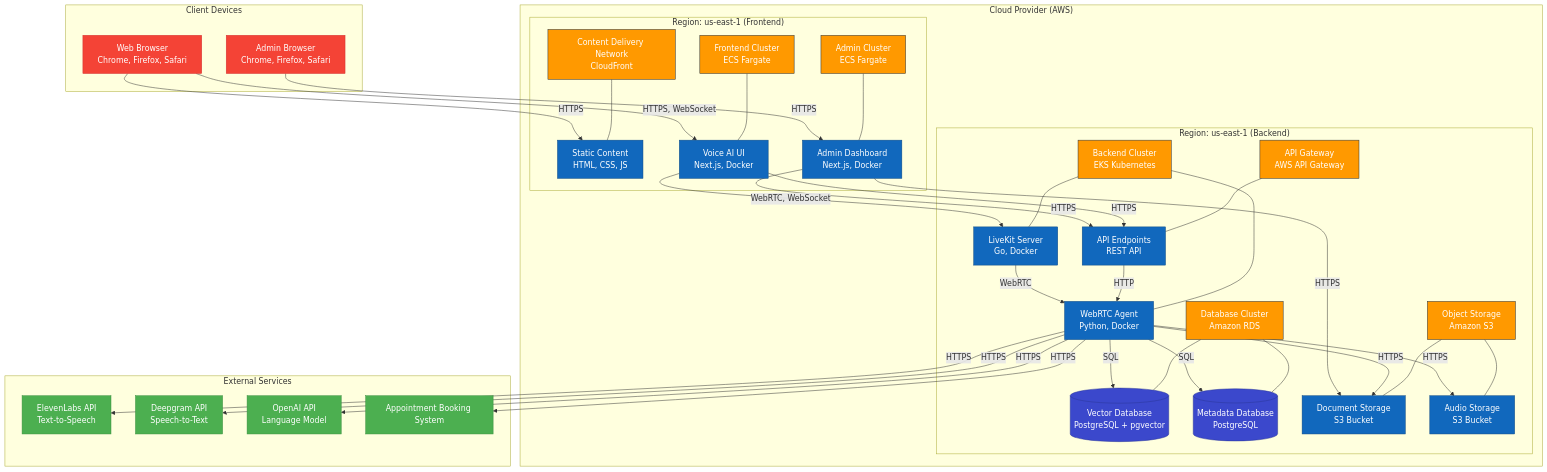
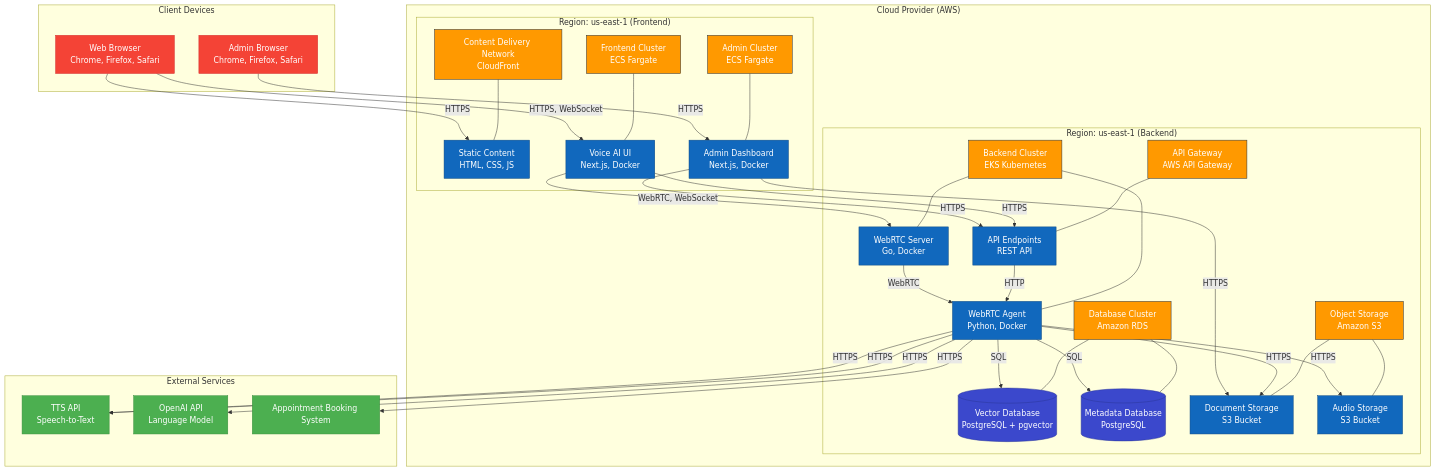
Before and after one commit to geniaops/TainaDocs: the second of 2 diagrams in docs/architecture/c4-model/2.4_Deployment_Diagram.md, drawn with Mermaid. The commit also changed other lines of this file and 17 other files, not shown here.

````diff
--- a/docs/architecture/c4-model/2.4_Deployment_Diagram.md
+++ b/docs/architecture/c4-model/2.4_Deployment_Diagram.md
@@ -125,7 +125,7 @@
             
             api_endpoints[API Endpoints<br>REST API]
             webrtc_agent[WebRTC Agent<br>Python, Docker]
-            livekit_server[LiveKit Server<br>Go, Docker]
+            WebRTC_server[WebRTC Server<br>Go, Docker]
             vector_db[(Vector Database<br>PostgreSQL + pgvector)]
             metadata_db[(Metadata Database<br>PostgreSQL)]
             document_storage[Document Storage<br>S3 Bucket]
@@ -133,7 +133,7 @@
             
             api_gateway --- api_endpoints
             backend_cluster --- webrtc_agent
-            backend_cluster --- livekit_server
+            backend_cluster --- WebRTC_server
             database_cluster --- vector_db
             database_cluster --- metadata_db
             storage --- document_storage
@@ -142,8 +142,8 @@
     end
     
     subgraph external_services["External Services"]
-        elevenlabs[ElevenLabs API<br>Text-to-Speech]
-        deepgram[Deepgram API<br>Speech-to-Text]
+        TTS[TTS API<br>Text-to-Speech]
+        TTS[TTS API<br>Speech-to-Text]
         openai[OpenAI API<br>Language Model]
         appointment[Appointment Booking System]
     end
@@ -159,18 +159,18 @@
     admin_browser -->|HTTPS| admin_dashboard
     
     voiceai_ui -->|HTTPS| api_endpoints
-    voiceai_ui -->|WebRTC, WebSocket| livekit_server
+    voiceai_ui -->|WebRTC, WebSocket| WebRTC_server
     
     api_endpoints -->|HTTP| webrtc_agent
-    livekit_server -->|WebRTC| webrtc_agent
+    WebRTC_server -->|WebRTC| webrtc_agent
     
     webrtc_agent -->|SQL| vector_db
     webrtc_agent -->|SQL| metadata_db
     webrtc_agent -->|HTTPS| document_storage
     webrtc_agent -->|HTTPS| audio_storage
     
-    webrtc_agent -->|HTTPS| elevenlabs
-    webrtc_agent -->|HTTPS| deepgram
+    webrtc_agent -->|HTTPS| TTS
+    webrtc_agent -->|HTTPS| TTS
     webrtc_agent -->|HTTPS| openai
     webrtc_agent -->|HTTPS| appointment
     
@@ -185,8 +185,8 @@
     classDef client fill:#F44336,stroke:#D32F2F,color:white;
     
     class cdn,frontend_cluster,admin_cluster,api_gateway,backend_cluster,database_cluster,storage aws;
-    class static_content,voiceai_ui,admin_dashboard,api_endpoints,webrtc_agent,livekit_server,document_storage,audio_storage container;
+    class static_content,voiceai_ui,admin_dashboard,api_endpoints,webrtc_agent,WebRTC_server,document_storage,audio_storage container;
     class vector_db,metadata_db database;
-    class elevenlabs,deepgram,openai,appointment external;
+    class TTS,TTS,openai,appointment external;
     class browser,admin_browser client;
 ```
````
